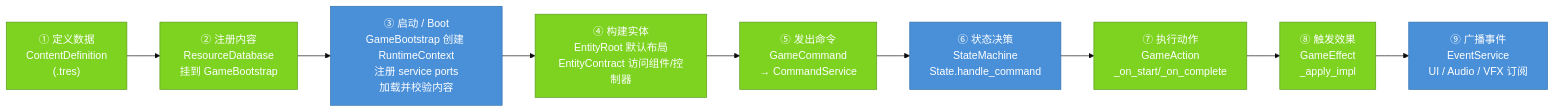
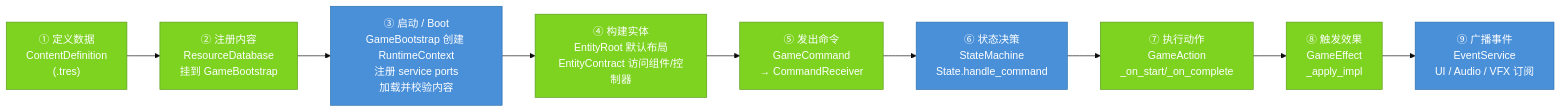
One commit to xiaofeiqiu/mkit changed the diagram in docs/cookbook/index.md. Above: the diagram before and after it, drawn with Mermaid (base theme). The commit also changed other lines of this file and 403 other files, not shown here.

````diff
--- a/docs/cookbook/index.md
+++ b/docs/cookbook/index.md
@@ -11,15 +11,15 @@
 ```mermaid
 flowchart LR
     A["① 定义数据\nContentDefinition\n(.tres)"]:::userOwned -->
     B["② 注册内容\nResourceDatabase\n挂到 GameBootstrap"]:::userOwned -->
     C["③ 启动 / Boot\nGameBootstrap 创建 RuntimeContext\n注册 service ports\n加载并校验内容"]:::mkitCore -->
     D["④ 构建实体\nEntityRoot 默认布局\nEntityContract 访问组件/控制器"]:::userOwned -->
-    E["⑤ 发出命令\nGameCommand\n→ CommandService"]:::userOwned -->
+    E["⑤ 发出命令\nGameCommand\n→ CommandReceiver"]:::userOwned -->
     F["⑥ 状态决策\nStateMachine\nState.handle_command"]:::mkitCore -->
     G["⑦ 执行动作\nGameAction\n_on_start/_on_complete"]:::userOwned -->
     H["⑧ 触发效果\nGameEffect\n_apply_impl"]:::userOwned -->
     I["⑨ 广播事件\nEventService\nUI / Audio / VFX 订阅"]:::mkitCore
 
     classDef mkitCore  fill:#4A90D9,color:#fff,stroke:#2C6FAC
     classDef userOwned fill:#7ED321,color:#fff,stroke:#5A9A18
 ```
````
